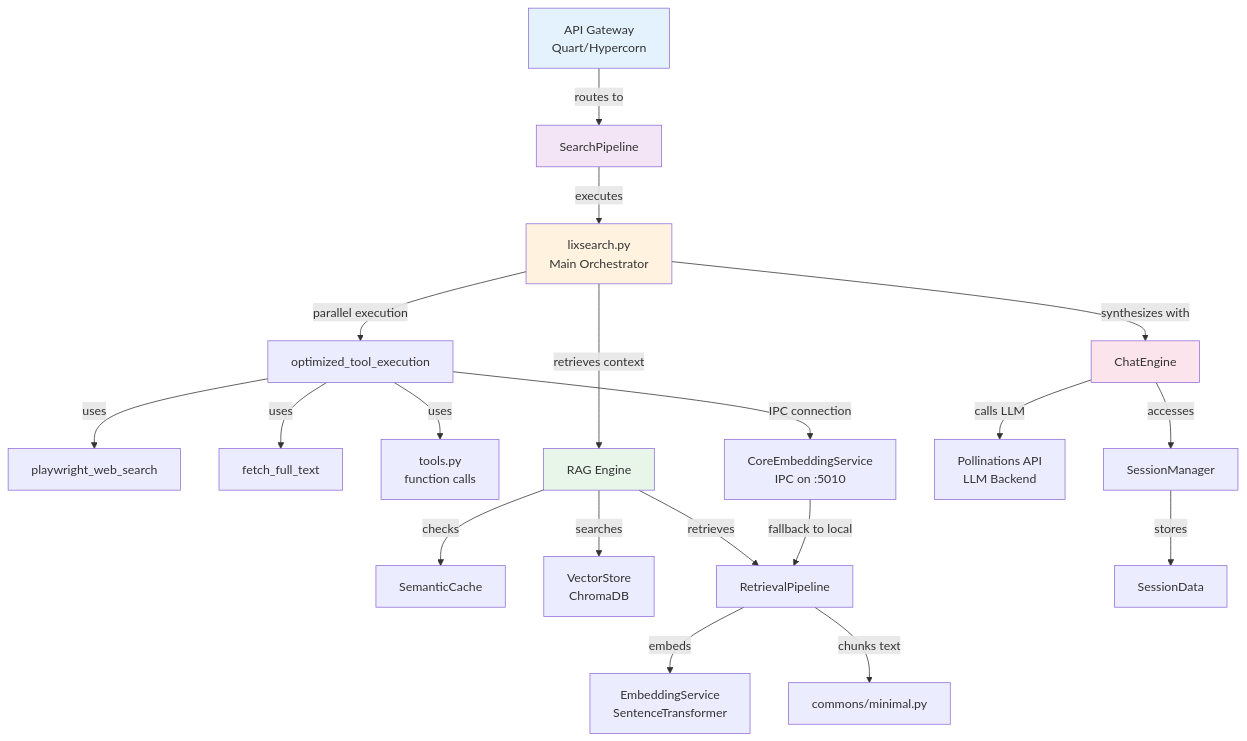
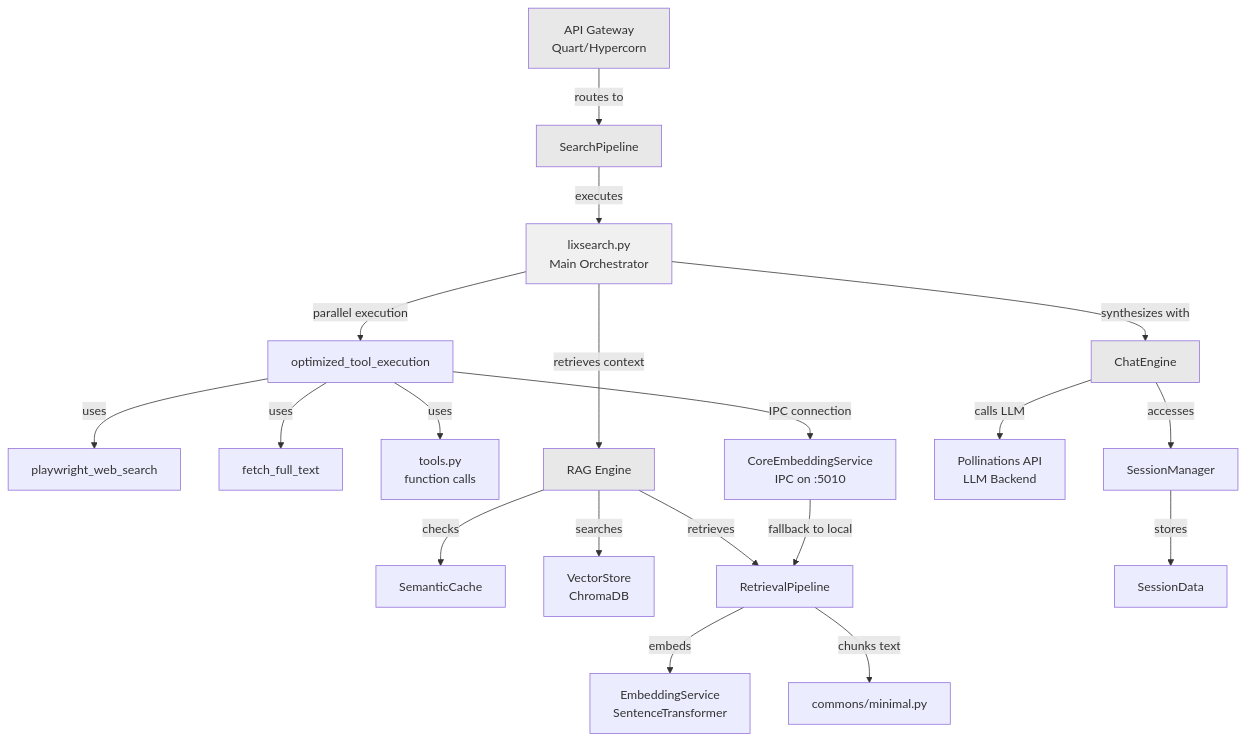
Before and after one commit to pollinations/lixSearch: diagram 14 of 17 in DOCS/FULL_ARCHITECTURE.md, drawn with Mermaid. The commit also changed other lines of this file, not shown here.

Commit message:
refactor: Update diagram styles for improved visual consistency in architecture documentation

````diff
--- a/DOCS/FULL_ARCHITECTURE.md
+++ b/DOCS/FULL_ARCHITECTURE.md
@@ -1365,37 +1365,37 @@
 ```mermaid
 graph TB
     API[API Gateway<br/>Quart/Hypercorn]
     Pipeline[SearchPipeline]
     LixSearch[lixsearch.py<br/>Main Orchestrator]
     
     API -->|routes to| Pipeline
     Pipeline -->|executes| LixSearch
     
     LixSearch -->|parallel execution| ToolExec[optimized_tool_execution]
     ToolExec -->|uses| WebSearch[playwright_web_search]
     ToolExec -->|uses| FetchFull[fetch_full_text]
     ToolExec -->|uses| Tools[tools.py<br/>function calls]
     
     LixSearch -->|retrieves context| RAGEngine[RAG Engine]
     RAGEngine -->|checks| SemanticCache
     RAGEngine -->|searches| VectorStore[VectorStore<br/>ChromaDB]
     RAGEngine -->|retrieves| RetrievalPipeline
     
     RetrievalPipeline -->|embeds| EmbeddingService[EmbeddingService<br/>SentenceTransformer]
     RetrievalPipeline -->|chunks text| ChunkUtil[commons/minimal.py]
     
     LixSearch -->|synthesizes with| ChatEngine[ChatEngine]
     ChatEngine -->|accesses| SessionMgr[SessionManager]
     SessionMgr -->|stores| SessionData[SessionData]
     
     ChatEngine -->|calls LLM| Pollinations[Pollinations API<br/>LLM Backend]
     
     ToolExec -->|IPC connection| IPC[CoreEmbeddingService<br/>IPC on :5010]
     IPC -->|fallback to local| RetrievalPipeline
     
-    style API fill:#E3F2FD
-    style Pipeline fill:#F3E5F5
-    style LixSearch fill:#FFF3E0
-    style RAGEngine fill:#E8F5E9
-    style ChatEngine fill:#FCE4EC
+    style API fill:#E8E8E8
+    style Pipeline fill:#E8E8E8
+    style LixSearch fill:#F0F0F0
+    style RAGEngine fill:#E8E8E8
+    style ChatEngine fill:#E8E8E8
 ```
````
